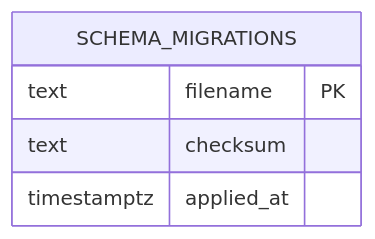
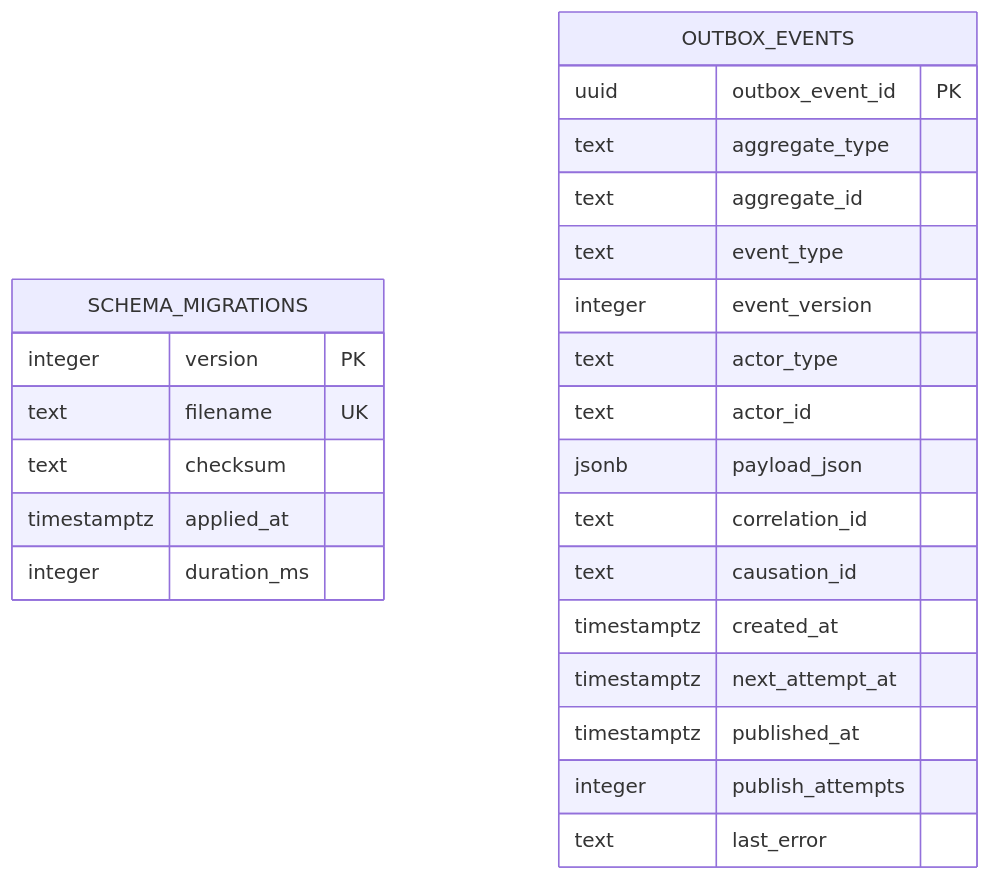
The diagram in docs/data/ERD.md (dukm20/bananagig.com), drawn with Mermaid before and after one commit. The commit also changed other lines of this file and 64 other files, not shown here.

````diff
--- a/docs/data/ERD.md
+++ b/docs/data/ERD.md
@@ -5,8 +5,27 @@
 ```mermaid
 erDiagram
   SCHEMA_MIGRATIONS {
-    text filename PK
+    integer version PK
+    text filename UK
     text checksum
     timestamptz applied_at
+    integer duration_ms
+  }
+  OUTBOX_EVENTS {
+    uuid outbox_event_id PK
+    text aggregate_type
+    text aggregate_id
+    text event_type
+    integer event_version
+    text actor_type
+    text actor_id
+    jsonb payload_json
+    text correlation_id
+    text causation_id
+    timestamptz created_at
+    timestamptz next_attempt_at
+    timestamptz published_at
+    integer publish_attempts
+    text last_error
   }
 ```
````
